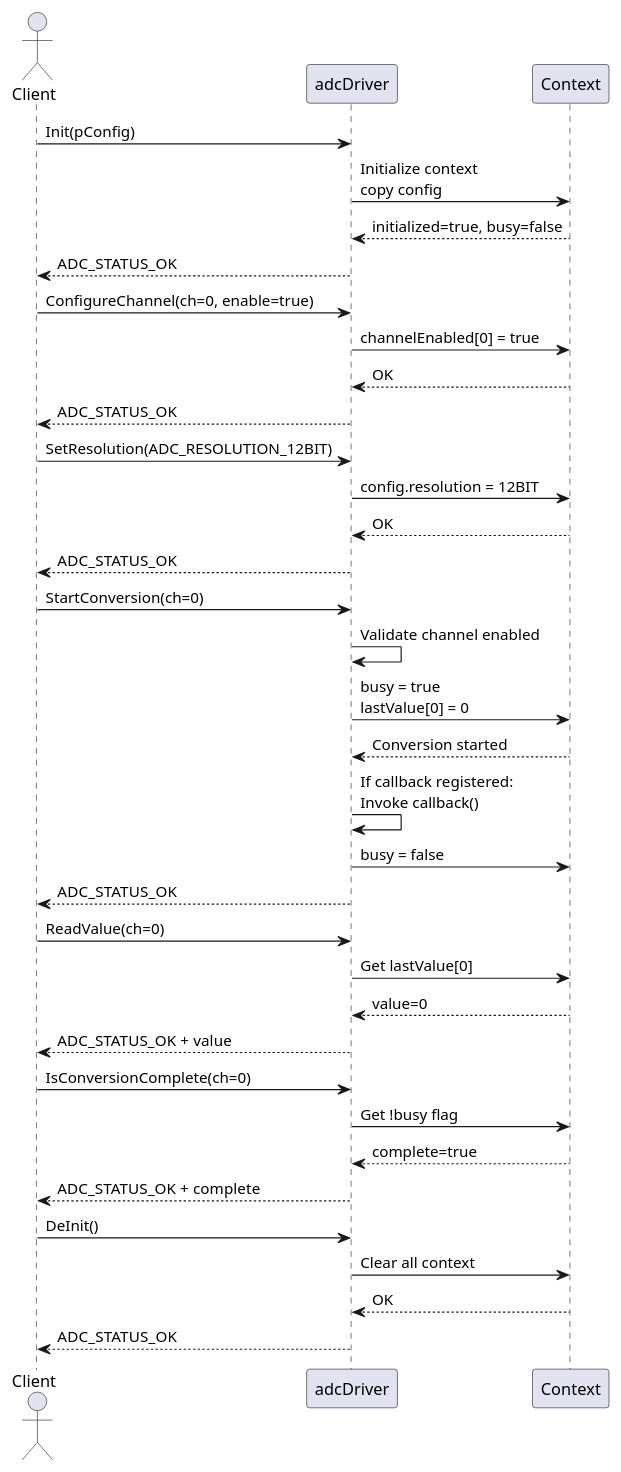
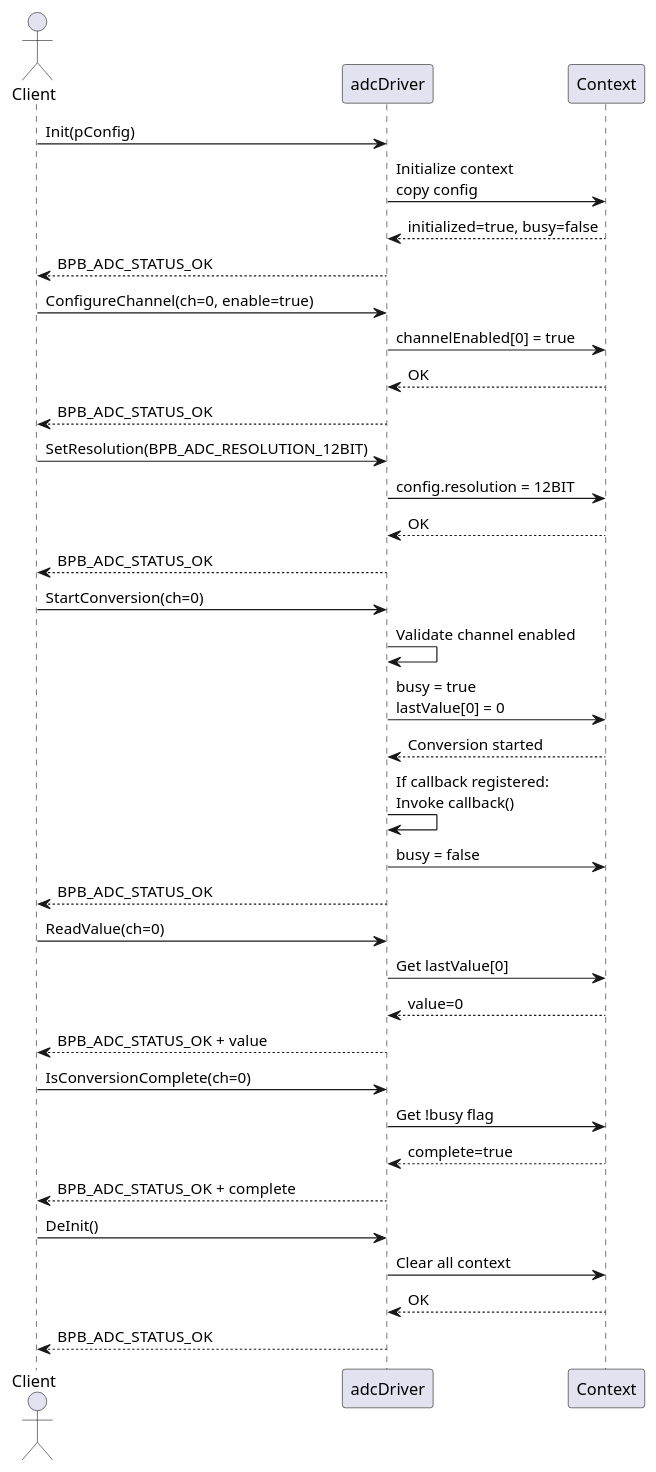
The diagram in 3_swComp/layer1Driver/adcDriver/2_design/adcDriverSequenceDiagram.puml (LinhTrucVo/Bico_Protocol_Bridge), drawn with PlantUML before and after one commit. The commit also changed 195 other files, not shown here.

```diff
--- a/3_swComp/layer1Driver/adcDriver/2_design/adcDriverSequenceDiagram.puml
+++ b/3_swComp/layer1Driver/adcDriver/2_design/adcDriverSequenceDiagram.puml
@@ -1,43 +1,43 @@
 @startuml adcDriverSequenceDiagram
 actor Client
 participant "adcDriver" as adc
 participant "Context" as ctx
 
 Client -> adc : Init(pConfig)
 adc -> ctx : Initialize context\ncopy config
 ctx --> adc : initialized=true, busy=false
-adc --> Client : ADC_STATUS_OK
+adc --> Client : BPB_ADC_STATUS_OK
 
 Client -> adc : ConfigureChannel(ch=0, enable=true)
 adc -> ctx : channelEnabled[0] = true
 ctx --> adc : OK
-adc --> Client : ADC_STATUS_OK
+adc --> Client : BPB_ADC_STATUS_OK
 
-Client -> adc : SetResolution(ADC_RESOLUTION_12BIT)
+Client -> adc : SetResolution(BPB_ADC_RESOLUTION_12BIT)
 adc -> ctx : config.resolution = 12BIT
 ctx --> adc : OK
-adc --> Client : ADC_STATUS_OK
+adc --> Client : BPB_ADC_STATUS_OK
 
 Client -> adc : StartConversion(ch=0)
 adc -> adc : Validate channel enabled
 adc -> ctx : busy = true\nlastValue[0] = 0
 ctx --> adc : Conversion started
 adc -> adc : If callback registered:\nInvoke callback()
 adc -> ctx : busy = false
-adc --> Client : ADC_STATUS_OK
+adc --> Client : BPB_ADC_STATUS_OK
 
 Client -> adc : ReadValue(ch=0)
 adc -> ctx : Get lastValue[0]
 ctx --> adc : value=0
-adc --> Client : ADC_STATUS_OK + value
+adc --> Client : BPB_ADC_STATUS_OK + value
 
 Client -> adc : IsConversionComplete(ch=0)
 adc -> ctx : Get !busy flag
 ctx --> adc : complete=true
-adc --> Client : ADC_STATUS_OK + complete
+adc --> Client : BPB_ADC_STATUS_OK + complete
 
 Client -> adc : DeInit()
 adc -> ctx : Clear all context
 ctx --> adc : OK
-adc --> Client : ADC_STATUS_OK
+adc --> Client : BPB_ADC_STATUS_OK
 @enduml
```
